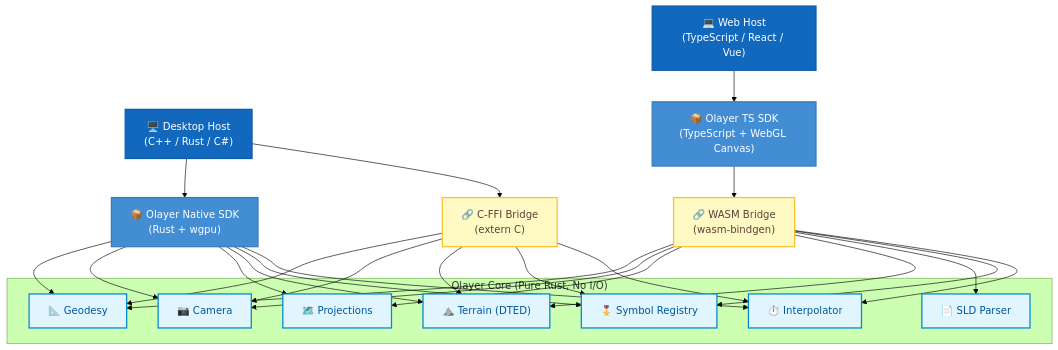
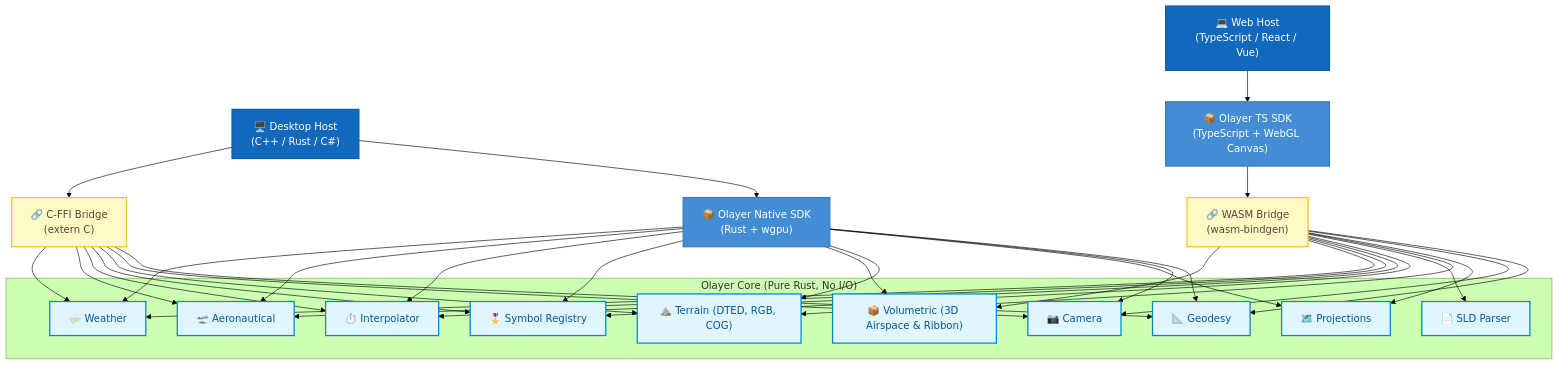
Before and after one commit to rodoni/olayer: the diagram in docs/developer_guide.md, drawn with Mermaid (forest theme). The commit also changed other lines of this file and 32 other files, not shown here.

````diff
--- a/docs/developer_guide.md
+++ b/docs/developer_guide.md
@@ -16,51 +16,62 @@
 ```mermaid
 graph TB
     classDef host fill:#1168BD,stroke:#0f5ca7,color:#ffffff,stroke-width:2px;
     classDef sdk fill:#438DD5,stroke:#3b7cbd,color:#ffffff,stroke-width:2px;
     classDef bridge fill:#FFF9C4,stroke:#FBC02D,color:#5D4037,stroke-width:2px;
     classDef core fill:#E1F5FE,stroke:#0288D1,color:#01579B,stroke-width:2px;
 
     HostWeb["💻 Web Host<br>(TypeScript / React / Vue)"]:::host
     HostDesktop["🖥️ Desktop Host<br>(C++ / Rust / C#)"]:::host
 
     TSSDK["📦 Olayer TS SDK<br>(TypeScript + WebGL Canvas)"]:::sdk
     NativeSDK["📦 Olayer Native SDK<br>(Rust + wgpu)"]:::sdk
 
     WASMBridge["🔗 WASM Bridge<br>(wasm-bindgen)"]:::bridge
     FFIBridge["🔗 C-FFI Bridge<br>(extern C)"]:::bridge
 
     subgraph CoreBoundary ["Olayer Core (Pure Rust, No I/O)"]
         Geodesy["📐 Geodesy"]:::core
         Camera["📷 Camera"]:::core
         Projections["🗺️ Projections"]:::core
-        Terrain["⛰️ Terrain (DTED)"]:::core
+        Terrain["⛰️ Terrain (DTED, RGB, COG)"]:::core
         SLD["📄 SLD Parser"]:::core
         Symbols["🎖️ Symbol Registry"]:::core
         Interp["⏱️ Interpolator"]:::core
+        Aero["🛫 Aeronautical"]:::core
+        Weather["⛈️ Weather"]:::core
+        Volumetric["📦 Volumetric (3D Airspace & Ribbon)"]:::core
     end
 
     HostWeb --> TSSDK
     TSSDK --> WASMBridge
     WASMBridge --> Geodesy
     WASMBridge --> Camera
     WASMBridge --> Projections
     WASMBridge --> Terrain
     WASMBridge --> SLD
     WASMBridge --> Symbols
     WASMBridge --> Interp
+    WASMBridge --> Aero
+    WASMBridge --> Weather
+    WASMBridge --> Volumetric
 
     HostDesktop --> NativeSDK
     NativeSDK --> Geodesy
     NativeSDK --> Camera
     NativeSDK --> Projections
     NativeSDK --> Terrain
+    NativeSDK --> Volumetric
     NativeSDK --> Symbols
     NativeSDK --> Interp
+    NativeSDK --> Aero
+    NativeSDK --> Weather
 
     HostDesktop --> FFIBridge
     FFIBridge --> Geodesy
     FFIBridge --> Camera
     FFIBridge --> Terrain
     FFIBridge --> Symbols
     FFIBridge --> Interp
+    FFIBridge --> Aero
+    FFIBridge --> Weather
 ```
````
